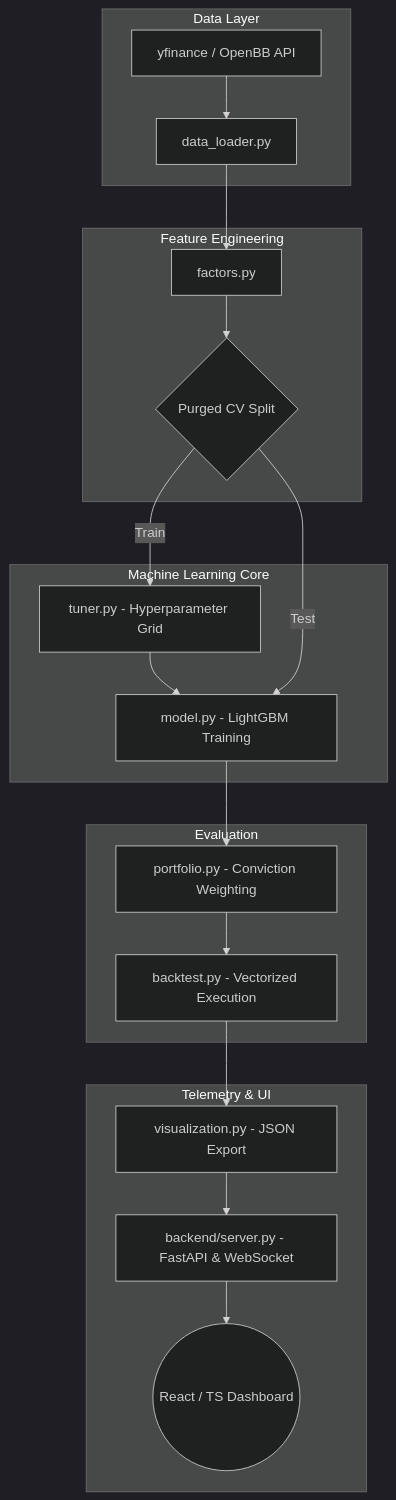
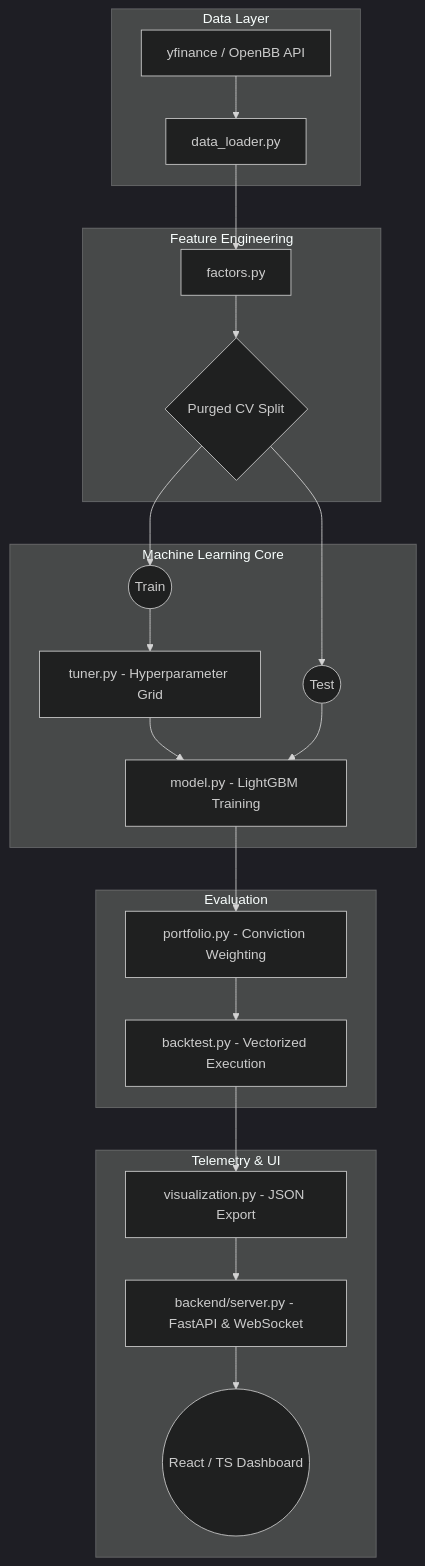
Before and after one commit to sawan-cmy/Alpha-Engine-Machine-Learning-Driven-Quantitative-Trading-Pipeline: the diagram in README.md, drawn with Mermaid (dark theme).

Commit message:
docs: fix graph edge text rendering

````diff
--- a/README.md
+++ b/README.md
@@ -31,28 +31,30 @@
 ```mermaid
 graph TD;
     subgraph Data Layer
         A[yfinance / OpenBB API] --> B[data_loader.py]
     end
 
     subgraph Feature Engineering
         B --> C[factors.py]
         C --> D{Purged CV Split}
     end
     
     subgraph Machine Learning Core
-        D -->|Train| E[tuner.py - Hyperparameter Grid]
+        D --> Train((Train))
+        Train --> E[tuner.py - Hyperparameter Grid]
         E --> F[model.py - LightGBM Training]
-        D -->|Test| F
+        D --> Test((Test))
+        Test --> F
     end
 
     subgraph Evaluation
         F --> G[portfolio.py - Conviction Weighting]
         G --> H[backtest.py - Vectorized Execution]
     end
 
     subgraph Telemetry & UI
         H --> I[visualization.py - JSON Export]
         I --> J[backend/server.py - FastAPI & WebSocket]
         J --> K((React / TS Dashboard))
     end
 ```
````
